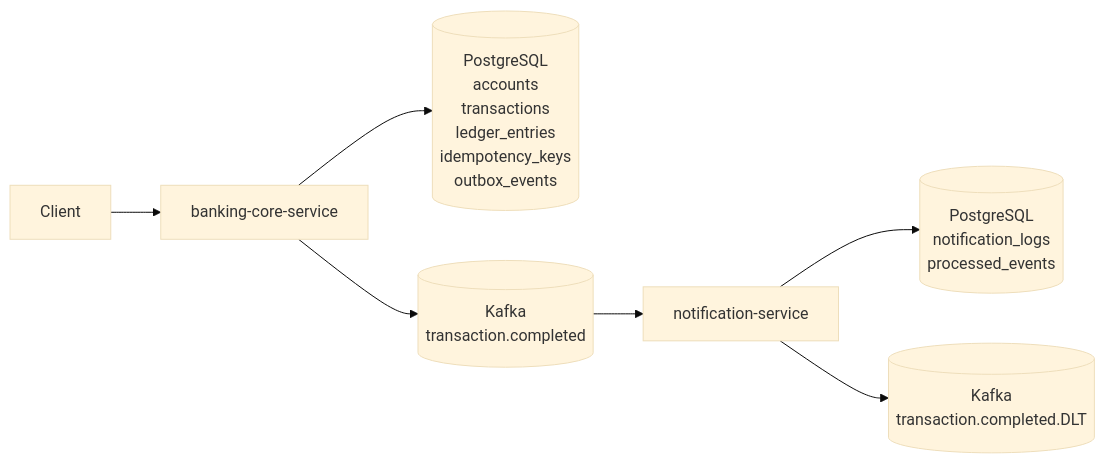
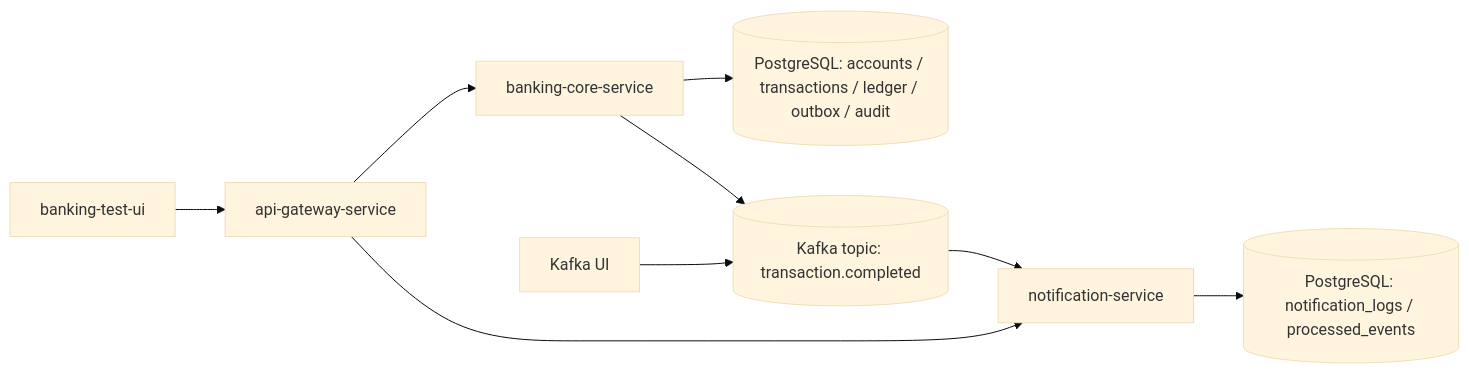
The first of 6 diagrams in docs/kafka-core-banking-flow.md (QuangMinh25/mini-core-banking-kafka), drawn with Mermaid (base theme) before and after one commit. The commit also changed other lines of this file and 96 other files, not shown here.

````diff
--- a/docs/kafka-core-banking-flow.md
+++ b/docs/kafka-core-banking-flow.md
@@ -15,9 +49,14 @@
 ```mermaid
 flowchart LR
-    Client[Client] --> Core[banking-core-service]
-    Core --> CoreDb[(PostgreSQL<br/>accounts<br/>transactions<br/>ledger_entries<br/>idempotency_keys<br/>outbox_events)]
-    Core --> Topic[(Kafka<br/>transaction.completed)]
-    Topic --> Noti[notification-service]
-    Noti --> NotiDb[(PostgreSQL<br/>notification_logs<br/>processed_events)]
-    Noti --> Dlt[(Kafka<br/>transaction.completed.DLT)]
+    UI[banking-test-ui] --> GW[api-gateway-service]
+    GW --> Core[banking-core-service]
+    GW --> Noti[notification-service]
+
+    Core --> CoreDB[(PostgreSQL: accounts / transactions / ledger / outbox / audit)]
+    Core --> Kafka[(Kafka topic: transaction.completed)]
+
+    Kafka --> Noti
+    Noti --> NotiDB[(PostgreSQL: notification_logs / processed_events)]
+
+    KafkaUI[Kafka UI] --> Kafka
 ```
````
